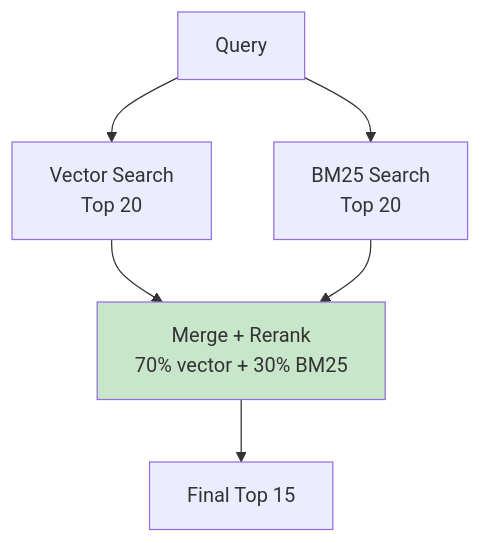
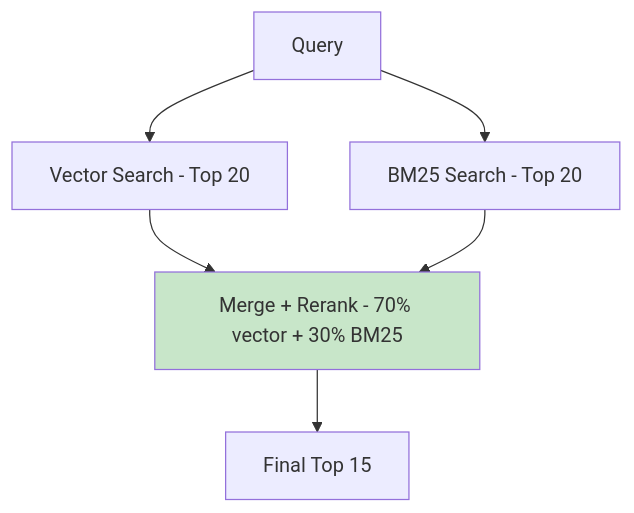
One commit to indhra/llm_rag_sec_findings changed the ninth of 15 diagrams in docs/learning/03-rag-fundamentals.md. Above: the diagram before and after it, drawn with Mermaid. The commit also changed other lines of this file and 9 other files, not shown here.

````diff
--- a/docs/learning/03-rag-fundamentals.md
+++ b/docs/learning/03-rag-fundamentals.md
@@ -302,12 +302,12 @@
 ```mermaid
 graph TD
-    Q[Query] --> V[Vector Search<br/>Top 20]
-    Q --> B[BM25 Search<br/>Top 20]
+    Q[Query] --> V[Vector Search - Top 20]
+    Q --> B[BM25 Search - Top 20]
     
-    V --> M[Merge + Rerank<br/>70% vector + 30% BM25]
+    V --> M[Merge + Rerank - 70% vector + 30% BM25]
     B --> M
     
     M --> F[Final Top 15]
     
     style M fill:#c8e6c9
 ```
````
